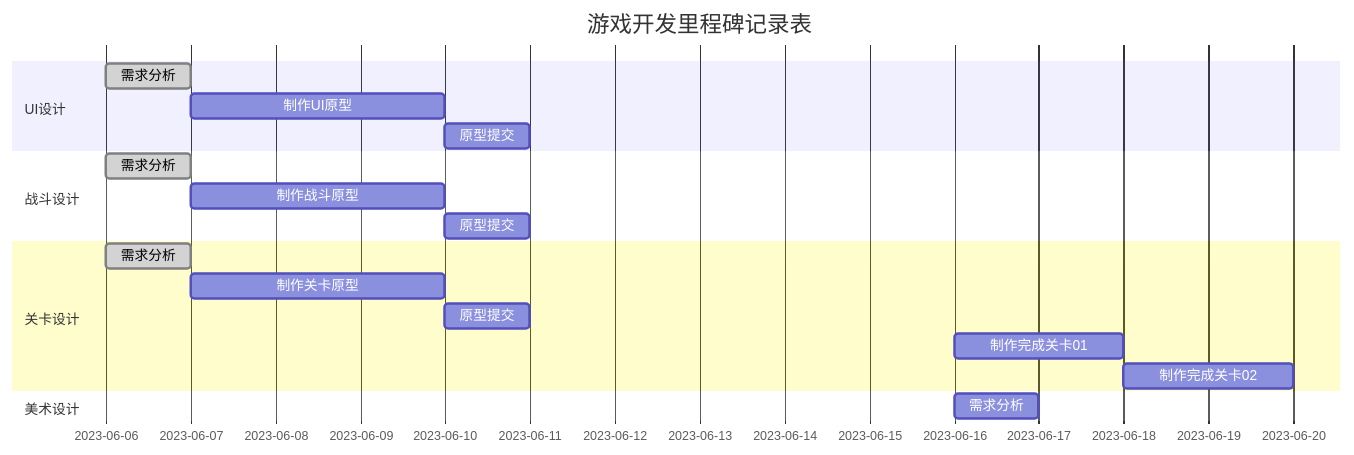
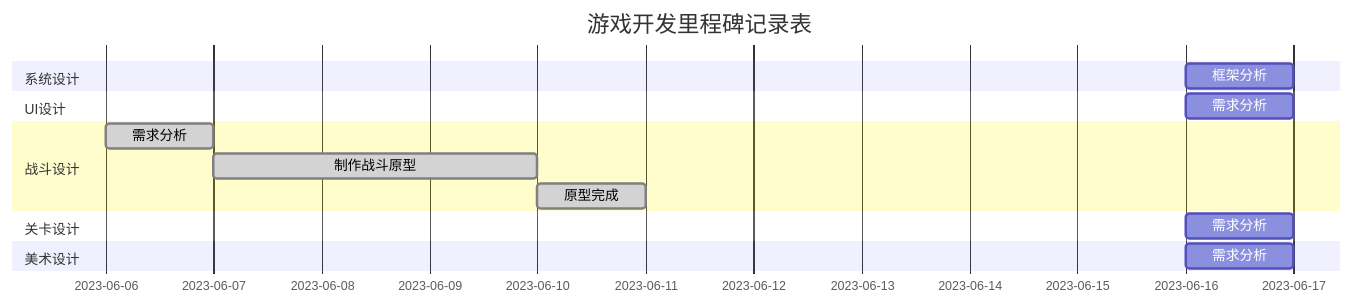
Before and after one commit to ANKIIMA/GameDesign-ARPG: the diagram in README.md, drawn with Mermaid. The commit also changed other lines of this file, not shown here.

````diff
--- a/README.md
+++ b/README.md
@@ -19,27 +19,25 @@
 ```mermaid
 gantt
 title 游戏开发里程碑记录表
 
 dateFormat MM-DD
 
+section 系统设计
+框架分析 :sy-des1, 06-16, 1d
+
 section UI设计
-需求分析 :done,ui-des1,06-06,1d
-制作UI原型 :ui-des2,after ui-des1,3d
-原型提交 :ui-des3, after ui-des2, 1d
+需求分析 :ui-des1,06-16,1d
+
 
 section 战斗设计
 需求分析 :done,f-des1,06-06,1d
-制作战斗原型 :f-des2,after f-des1,3d
-原型提交 :f-des3, after f-des2, 1d
+制作战斗原型 :done, f-des2,06-07,3d
+原型完成 :done, f-des3, after f-des2, 1d
 
 section 关卡设计
-需求分析 :done,s-des1,06-06,1d
-制作关卡原型 :s-des2,after s-des1,3d
-原型提交 :f-des3, after f-des2, 1d
-制作完成关卡01 :s-des3,06-16,2d
-制作完成关卡02 :s-des4, 06-18, 2d
+需求分析 :s-des1,06-16,1d
 
 section 美术设计
 需求分析 :a-des1, 06-16, 1d
 
 ```
````
